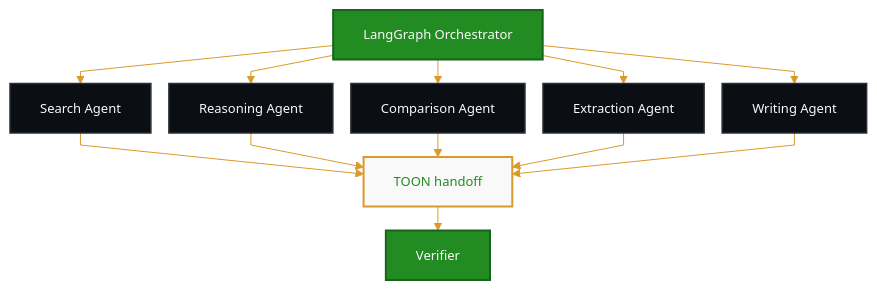
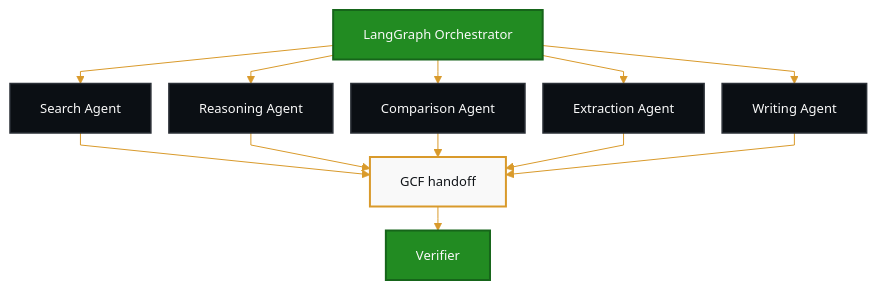
One commit to Hassaan146/agentic-ai-workflow changed the second of 10 diagrams in docs/diagrams.md. Above: the diagram before and after it, drawn with Mermaid. The commit also changed other lines of this file and 18 other files, not shown here.

````diff
--- a/docs/diagrams.md
+++ b/docs/diagrams.md
@@ -81,23 +82,23 @@
 ```mermaid
-%%{init: {'theme': 'base', 'flowchart': {'nodeSpacing': 18, 'rankSpacing': 24, 'curve': 'linear'}, 'themeVariables': {'fontSize': '13px', 'primaryColor': '#228B22', 'primaryTextColor': '#F9F9F9', 'primaryBorderColor': '#16651A', 'lineColor': '#D99A2B', 'secondaryColor': '#F9F9F9', 'secondaryTextColor': '#228B22', 'secondaryBorderColor': '#D99A2B', 'tertiaryColor': '#0B0F14', 'tertiaryTextColor': '#F9F9F9', 'tertiaryBorderColor': '#2A2F36', 'background': '#070B10', 'mainBkg': '#228B22', 'secondBkg': '#F9F9F9', 'textColor': '#F9F9F9', 'edgeLabelBackground': '#F9F9F9'}}}%%
+%%{init: {"theme":"base","flowchart":{"nodeSpacing":18,"rankSpacing":24,"curve":"linear"},"themeVariables":{"fontSize":"13px","background":"#070B10","primaryColor":"#228B22","primaryTextColor":"#F9F9F9","primaryBorderColor":"#16651A","secondaryColor":"#F9F9F9","secondaryTextColor":"#101418","secondaryBorderColor":"#D99A2B","tertiaryColor":"#0B0F14","tertiaryTextColor":"#F9F9F9","tertiaryBorderColor":"#2A2F36","lineColor":"#D99A2B","textColor":"#F9F9F9","edgeLabelBackground":"#0B0F14"}}}%%
 flowchart TD
     A["LangGraph Orchestrator"] --> B["Search Agent"]
     A --> C["Reasoning Agent"]
     A --> D["Comparison Agent"]
     A --> E["Extraction Agent"]
     A --> F["Writing Agent"]
-    B --> G["TOON handoff"]
+    B --> G["GCF handoff"]
     C --> G
     D --> G
     E --> G
     F --> G
     G --> H["Verifier"]
 
     classDef primary fill:#228B22,stroke:#16651A,color:#F9F9F9,stroke-width:2px;
     classDef dark fill:#0B0F14,stroke:#2A2F36,color:#F9F9F9,stroke-width:1.5px;
-    classDef toon fill:#F9F9F9,stroke:#D99A2B,color:#228B22,stroke-width:2px;
-    classDef decision fill:#F9F9F9,stroke:#D99A2B,color:#228B22,stroke-width:2px;
+    classDef gcf fill:#F9F9F9,stroke:#D99A2B,color:#101418,stroke-width:2px;
+
     class A,H primary;
     class B,C,D,E,F dark;
-    class G toon;
+    class G gcf;
 ```
````
